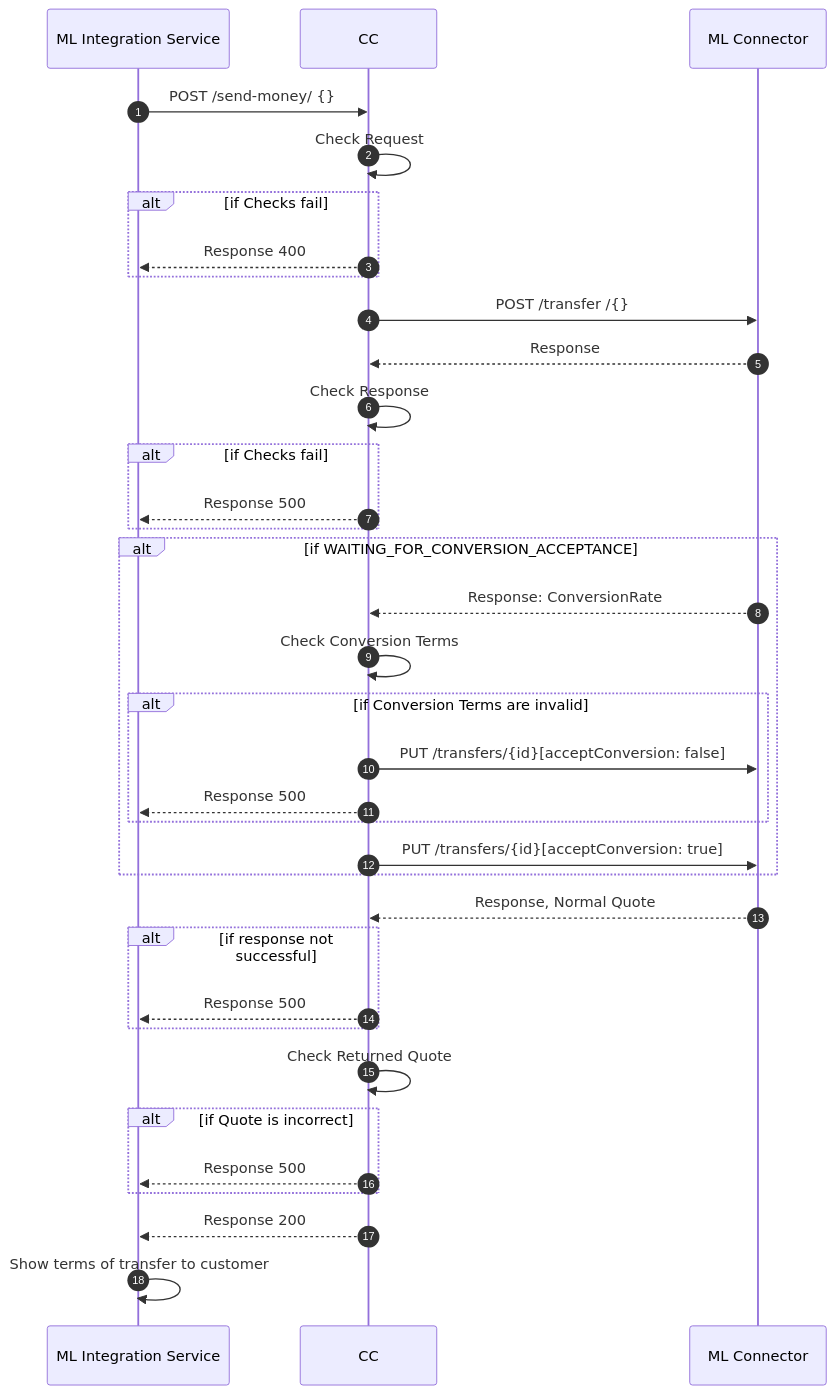
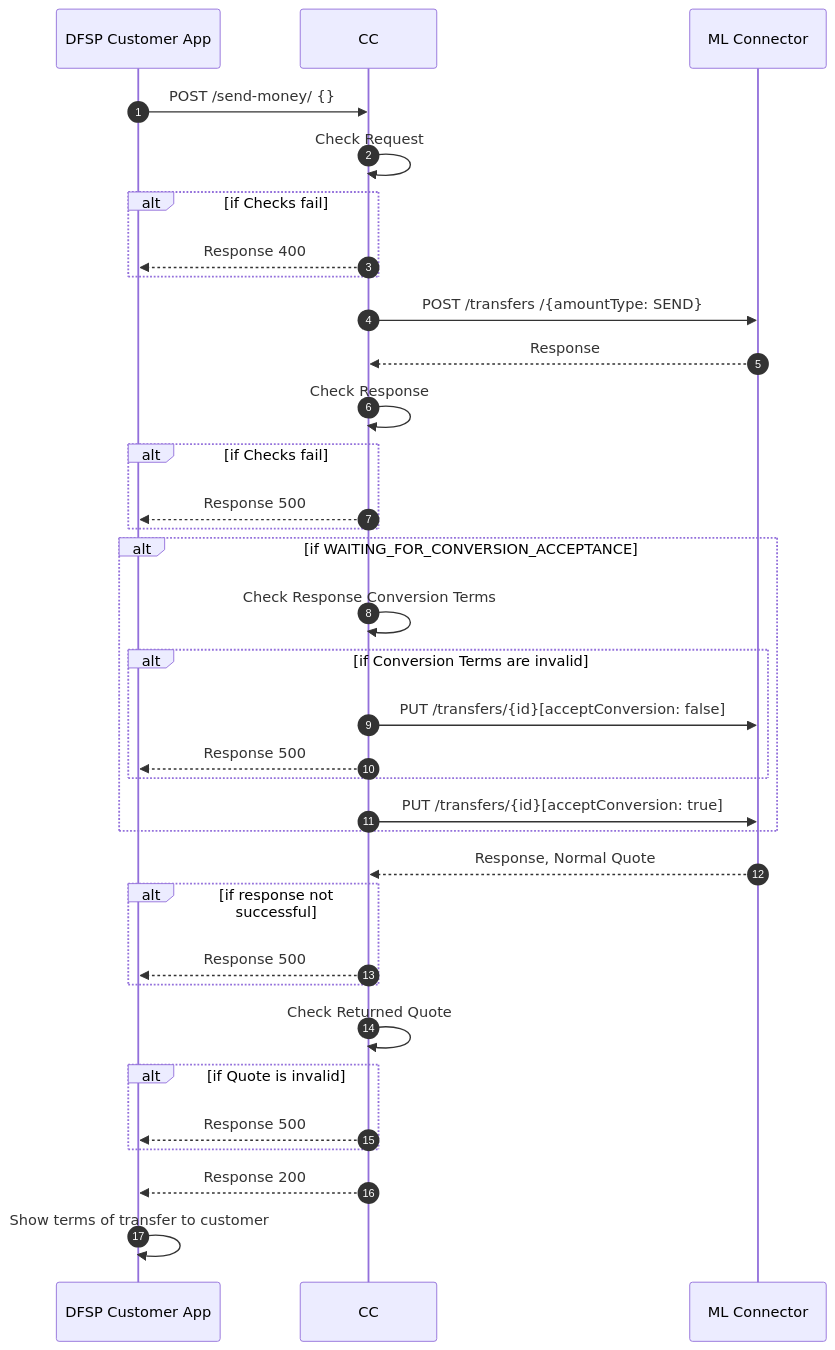
Before and after one commit to mojaloop/ml-reference-connectors: the diagram in airtel-zm-core-connector/docs/payer/payer-send-money.md, drawn with Mermaid. The commit also changed other lines of this file and 2 other files, not shown here.

Commit message:
feat:added kyc checks , respond with kyc data at quoterequests and added kyc data to post transfers. template

````diff
--- a/airtel-zm-core-connector/docs/payer/payer-send-money.md
+++ b/airtel-zm-core-connector/docs/payer/payer-send-money.md
@@ -1,35 +3,34 @@
 ```mermaid
 sequenceDiagram
   autoNumber
-  ML Integration Service->>CC: POST /send-money/ {}
+  DFSP Customer App->>CC: POST /send-money/ {}
   CC->>CC: Check Request
   Alt if Checks fail
-  CC-->>ML Integration Service: Response 400
+  CC-->>DFSP Customer App: Response 400
   End
-  CC->>ML Connector: POST /transfer /{}
+  CC->>ML Connector: POST /transfers /{amountType: SEND} 
   ML Connector-->>CC: Response
   CC->> CC: Check Response
   Alt if Checks fail
-  CC-->>ML Integration Service: Response 500
+  CC-->>DFSP Customer App: Response 500
   End
 
   Alt if WAITING_FOR_CONVERSION_ACCEPTANCE
-  ML Connector-->>CC: Response: ConversionRate
-  CC->>CC: Check Conversion Terms
+  CC->>CC: Check Response Conversion Terms
   Alt if Conversion Terms are invalid
   CC->>ML Connector: PUT /transfers/{id}[acceptConversion: false]
-  CC-->>ML Integration Service: Response 500
+  CC-->>DFSP Customer App: Response 500
   End
   CC->>ML Connector: PUT /transfers/{id}[acceptConversion: true]
   End
   ML Connector-->>CC:Response, Normal Quote
   Alt if response not successful
-  CC-->>ML Integration Service: Response 500
+  CC-->>DFSP Customer App: Response 500
   End
   CC->>CC: Check Returned Quote
-  Alt if Quote is incorrect
-  CC-->>ML Integration Service: Response 500
+  Alt if Quote is invalid
+  CC-->>DFSP Customer App: Response 500
   End
-  CC-->>ML Integration Service: Response 200
-  ML Integration Service->>ML Integration Service:Show terms of transfer to customer
+  CC-->>DFSP Customer App: Response 200
+  DFSP Customer App->>DFSP Customer App:Show terms of transfer to customer
 ```
````
